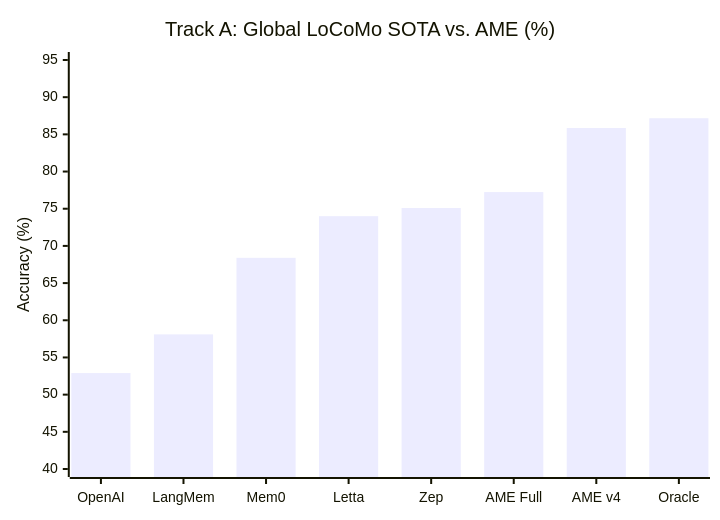
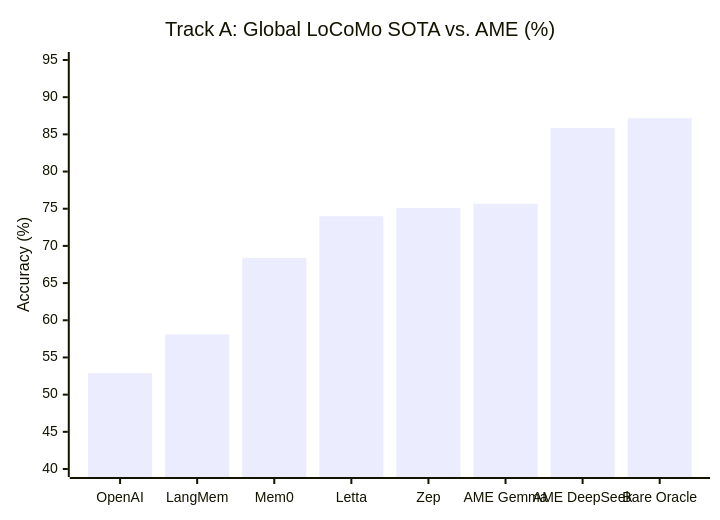
Before and after one commit to bearrhee/artificial-mind-engine: the first of 7 diagrams in docs/benchmarks.md, drawn with Mermaid. The commit also changed other lines of this file and 7 other files, not shown here.

Commit message:
docs: add Gemma 4 26B benchmarks, standout charts, and contact info

````diff
--- a/docs/benchmarks.md
+++ b/docs/benchmarks.md
@@ -24,7 +27,7 @@
 ```mermaid
 xychart-beta
   title "Track A: Global LoCoMo SOTA vs. AME (%)"
-  x-axis ["OpenAI", "LangMem", "Mem0", "Letta", "Zep", "AME Full", "AME v4", "Oracle"]
+  x-axis ["OpenAI", "LangMem", "Mem0", "Letta", "Zep", "AME Gemma", "AME DeepSeek", "Bare Oracle"]
   y-axis "Accuracy (%)" 40 --> 95
-  bar [52.9, 58.1, 68.4, 74.0, 75.1, 77.24, 85.86, 87.17]
+  bar [52.9, 58.1, 68.4, 74.0, 75.1, 75.66, 85.86, 87.17]
 ```
````
